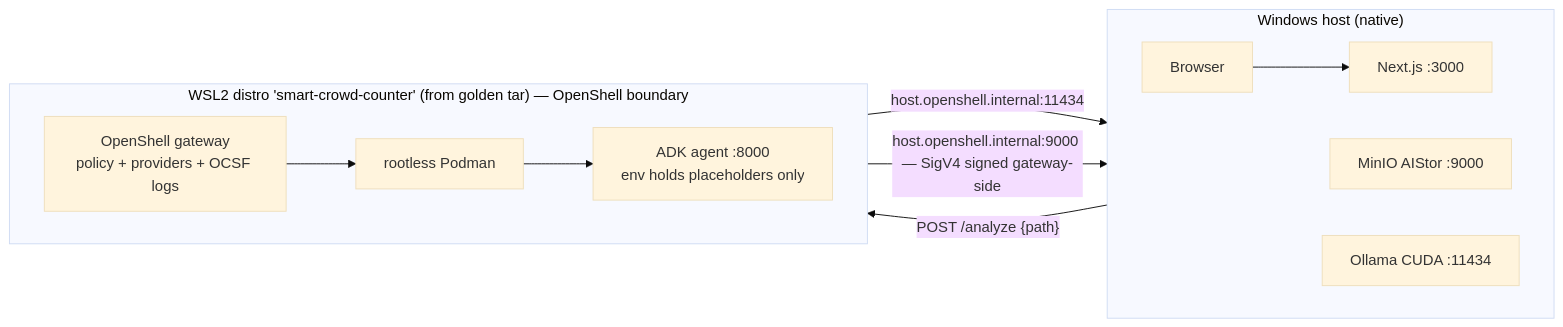
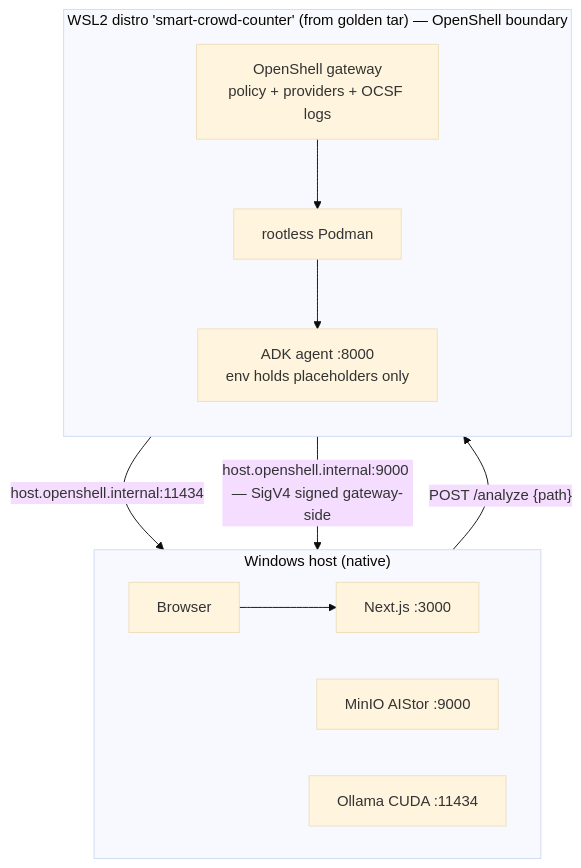
Before and after one commit to kameshsampath/smart-crowd-counter: the diagram in docs/openshell.md, drawn with Mermaid (base theme). The commit also changed other lines of this file and 15 other files, not shown here.

First line of the commit message:
docs: vertical governed diagrams, glossary, whats-next, quickstart checks

````diff
--- a/docs/openshell.md
+++ b/docs/openshell.md
@@ -83,19 +81,19 @@
 ```mermaid
-flowchart LR
+flowchart TB
   subgraph HOST["Windows host (native)"]
     direction LR
     BROWSER["Browser"] --> NEXT["Next.js :3000"]
     AISTOR["MinIO AIStor :9000"]
     OLLAMA["Ollama CUDA :11434"]
   end
   subgraph DISTRO["WSL2 distro 'smart-crowd-counter' (from golden tar) — OpenShell boundary"]
-    direction LR
+    direction TB
     GW["OpenShell gateway<br/>policy + providers + OCSF logs"]
     POD["rootless Podman"]
     AGENT["ADK agent :8000<br/>env holds placeholders only"]
     GW --> POD --> AGENT
   end
   NEXT -->|"POST /analyze {path}"| AGENT
   AGENT -->|"host.openshell.internal:11434"| OLLAMA
   AGENT -->|"host.openshell.internal:9000 — SigV4 signed gateway-side"| AISTOR
 ```
````
